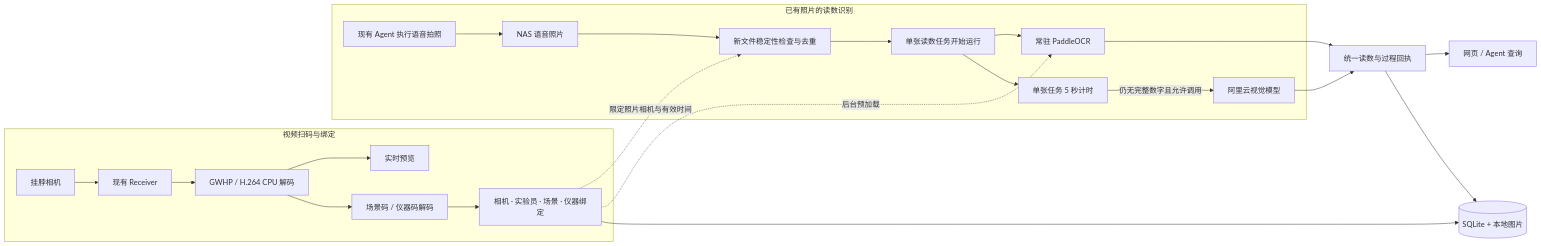
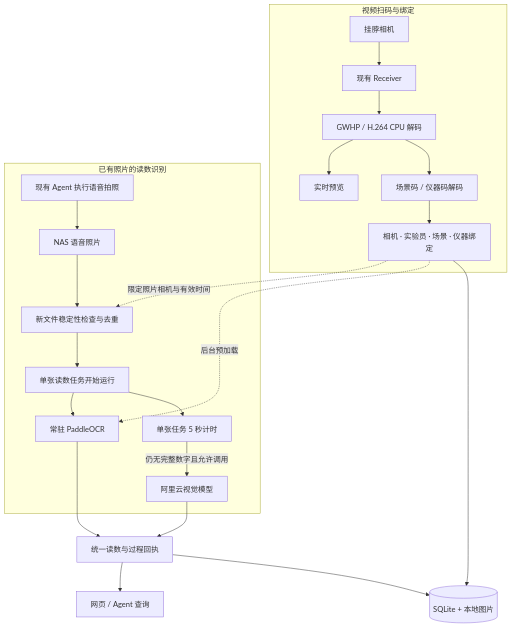
The diagram in README.md (kealan-Jun/FieldRecognition), drawn with Mermaid before and after one commit.

Commit message:
docs: improve architecture diagram readability

````diff
--- a/README.md
+++ b/README.md
@@ -112,27 +112,27 @@
 ```mermaid
-flowchart LR
+flowchart TB
     subgraph Identity[视频扫码与绑定]
         Camera[挂脖相机] --> Receiver[现有 Receiver]
         Receiver --> Decode[GWHP / H.264 CPU 解码]
         Decode --> Preview[实时预览]
         Decode --> QR[场景码 / 仪器码解码]
         QR --> Binding[相机 · 实验员 · 场景 · 仪器绑定]
     end
 
     subgraph Reading[已有照片的读数识别]
         Agent[现有 Agent 执行语音拍照] --> NAS[NAS 语音照片]
         NAS --> Watch[新文件稳定性检查与去重]
         Watch --> Job[单张读数任务开始运行]
         Job --> OCR[常驻 PaddleOCR]
         Job --> Timer[单张任务 5 秒计时]
         Timer -->|仍无完整数字且允许调用| Cloud[阿里云视觉模型]
     end
 
     Binding -.->|限定照片相机与有效时间| Watch
     Binding -.->|后台预加载| OCR
     OCR --> Result[统一读数与过程回执]
     Cloud --> Result
     Result --> UI[网页 / Agent 查询]
     Binding --> Store[(SQLite + 本地图片)]
     Result --> Store
 ```
````
